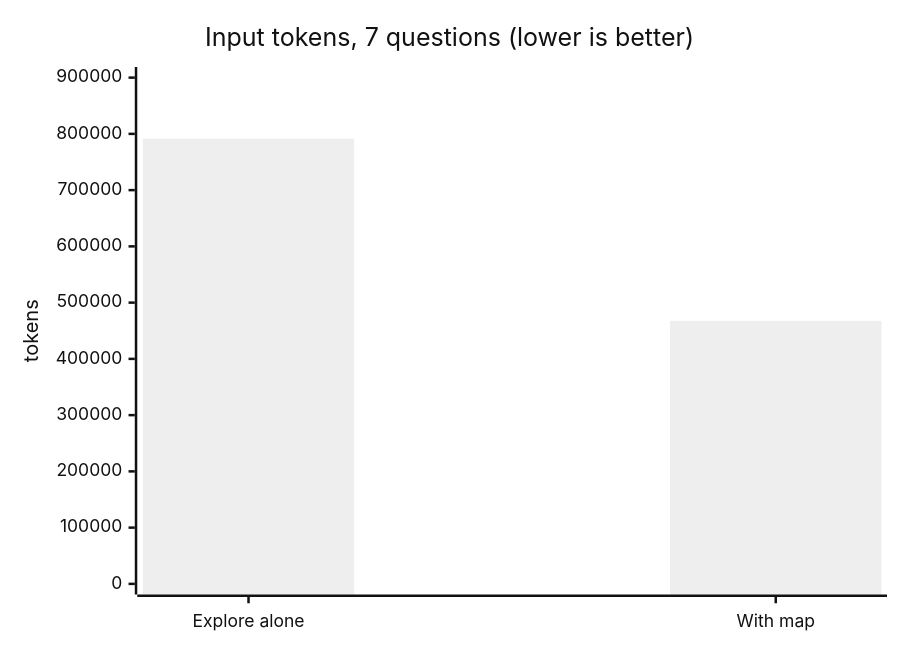
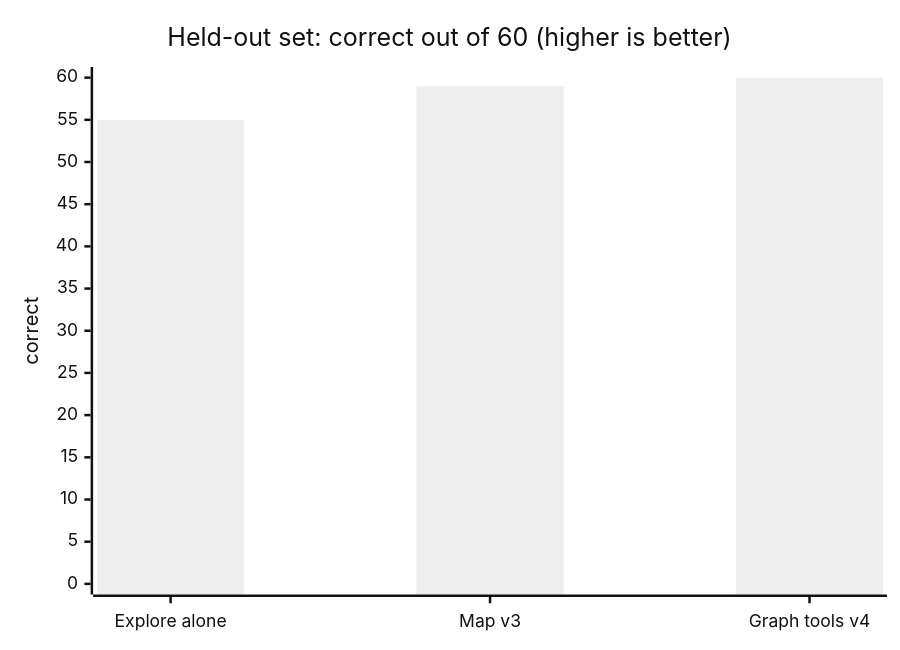
Before and after one commit to Lemxy/Armyx: the first of 3 diagrams in README.md, drawn with Mermaid (neutral theme). The commit also changed other lines of this file and 49 other files, not shown here.

````diff
--- a/README.md
+++ b/README.md
@@ -14,7 +25,7 @@
 ```mermaid
 xychart-beta
-    title "Input tokens, 7 questions (lower is better)"
-    x-axis ["Explore alone", "With map"]
-    y-axis "tokens" 0 --> 900000
-    bar [791425, 467641]
+    title "Held-out set: correct out of 60 (higher is better)"
+    x-axis ["Explore alone", "Map v3", "Graph tools v4"]
+    y-axis "correct" 0 --> 60
+    bar [55, 59, 60]
 ```
````
